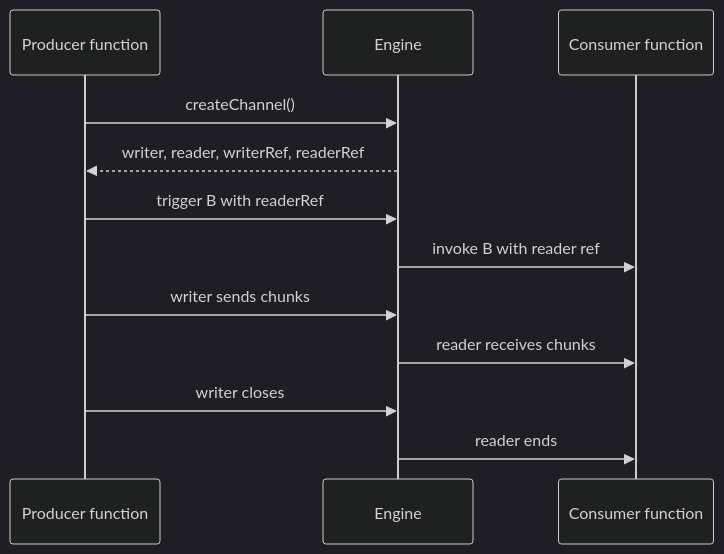
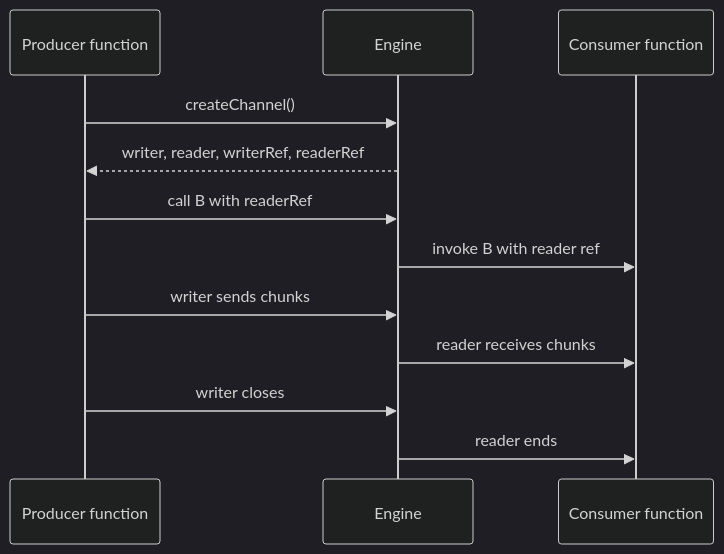
One commit to iii-hq/iii changed the diagram in docs/next/understanding-iii/channels.mdx. Above: the diagram before and after it, drawn with Mermaid (dark theme). The commit also changed other lines of this file and 177 other files, not shown here.

````diff
--- a/docs/next/understanding-iii/channels.mdx
+++ b/docs/next/understanding-iii/channels.mdx
@@ -40,15 +40,15 @@
 ```mermaid
 sequenceDiagram
     participant A as Producer function
     participant Engine
     participant B as Consumer function
 
     A->>Engine: createChannel()
     Engine-->>A: writer, reader, writerRef, readerRef
-    A->>Engine: trigger B with readerRef
+    A->>Engine: call B with readerRef
     Engine->>B: invoke B with reader ref
     A->>Engine: writer sends chunks
     Engine->>B: reader receives chunks
     A->>Engine: writer closes
     Engine->>B: reader ends
 ```
````
